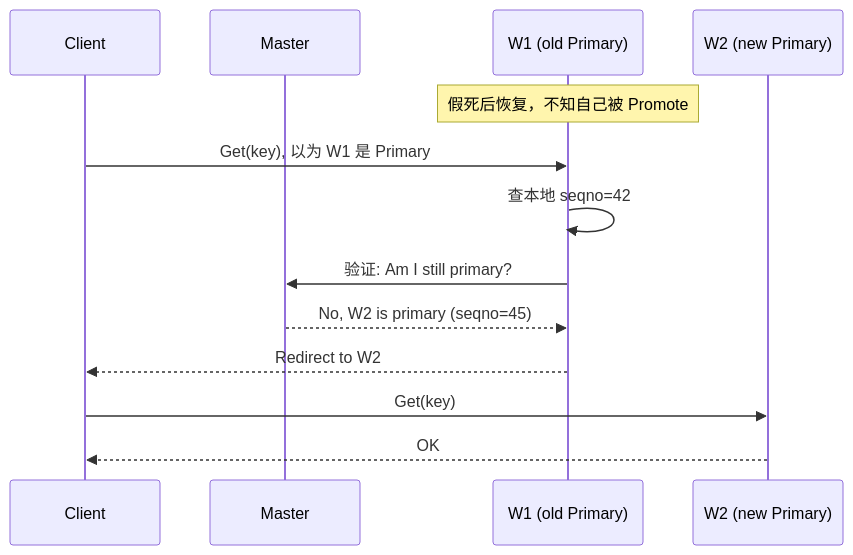
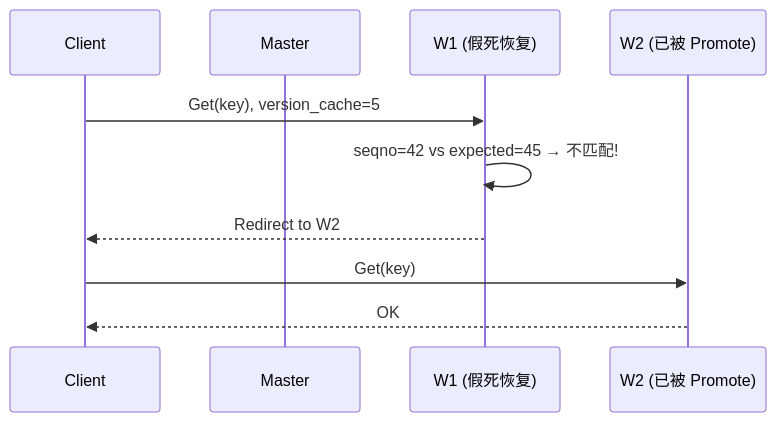
The eighth of 9 diagrams in rfc/2026-05-multi-replica/design.md (CheYulin/yuanrong-datasystem-agent-workbench), drawn with Mermaid before and after one commit. The commit also changed other lines of this file, not shown here.

````diff
--- a/rfc/2026-05-multi-replica/design.md
+++ b/rfc/2026-05-multi-replica/design.md
@@ -751,16 +785,13 @@
 ```mermaid
 sequenceDiagram
-    participant Client
-    participant Master
-    participant W1 as W1 (old Primary)
-    participant W2 as W2 (new Primary)
+    participant C as Client
+    participant M as Master
+    participant W1 as W1 (假死恢复)
+    participant W2 as W2 (已被 Promote)
 
-    Note over W1: 假死后恢复，不知自己被 Promote
-    Client->>W1: Get(key), 以为 W1 是 Primary
-    W1->>W1: 查本地 seqno=42
-    W1->>Master: 验证: Am I still primary?
-    Master-->>W1: No, W2 is primary (seqno=45)
-    W1-->>Client: Redirect to W2
-    Client->>W2: Get(key)
-    W2-->>Client: OK
+    C->>W1: Get(key), version_cache=5
+    W1->>W1: seqno=42 vs expected=45 → 不匹配!
+    W1-->>C: Redirect to W2
+    C->>W2: Get(key)
+    W2-->>C: OK
 ```
````
